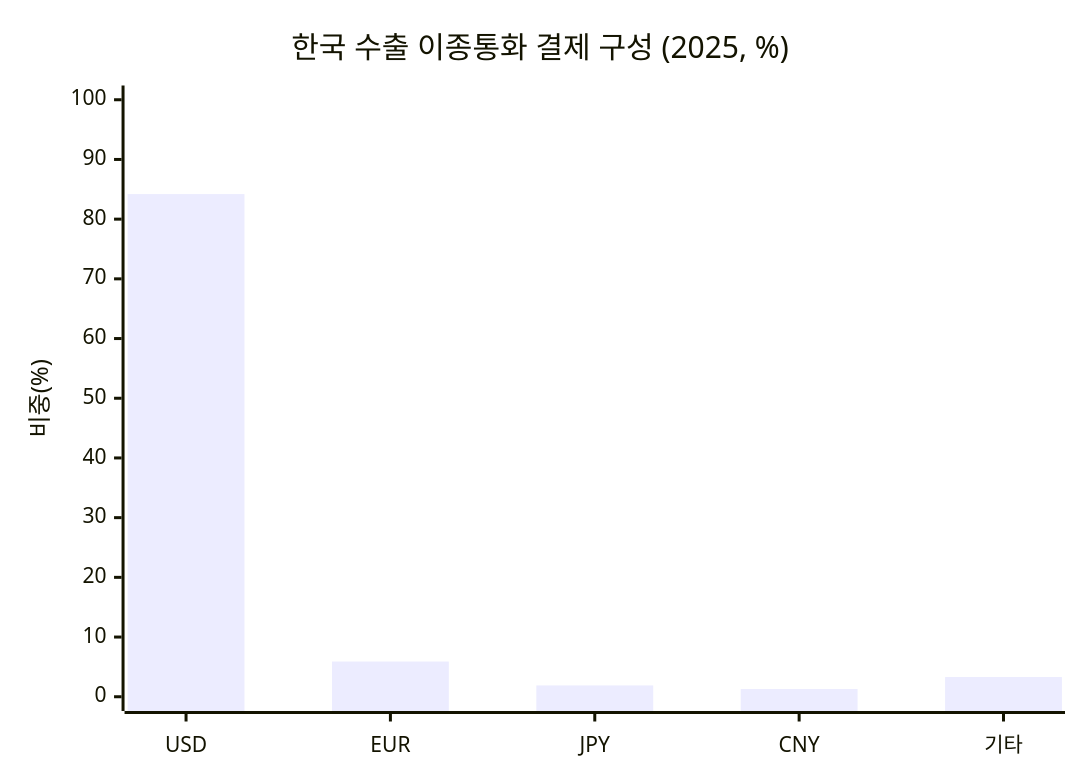
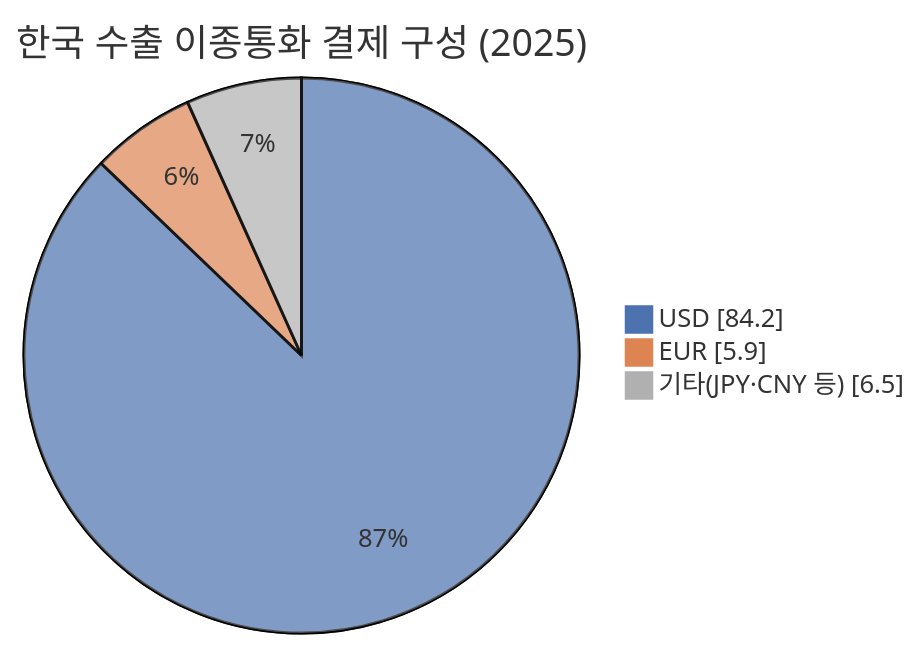
Before and after one commit to jennie-brain/business-analysis-frameworks: the first of 5 diagrams in 04_TAM-SAM-SOM_마켓세그먼트/06_6단계_반복적정제.md, drawn with Mermaid. The commit also changed other lines of this file and 1 other file, not shown here.

````diff
--- a/04_TAM-SAM-SOM_마켓세그먼트/06_6단계_반복적정제.md
+++ b/04_TAM-SAM-SOM_마켓세그먼트/06_6단계_반복적정제.md
@@ -17,7 +17,8 @@
 ```mermaid
-xychart-beta
-    title "한국 수출 이종통화 결제 구성 (2025, %)"
-    x-axis ["USD", "EUR", "JPY", "CNY", "기타"]
-    y-axis "비중(%)" 0 --> 100
-    bar [84.2, 5.9, 1.9, 1.3, 3.3]
+%%{init: {"theme": "base", "themeVariables": {"pieOuterStrokeWidth": "1px", "pie1": "#4C72B0", "pie2": "#DD8452", "pie3": "#B0B0B0"}}}%%
+pie showData
+    title 한국 수출 이종통화 결제 구성 (2025)
+    "USD" : 84.2
+    "EUR" : 5.9
+    "기타(JPY·CNY 등)" : 6.5
 ```
````
